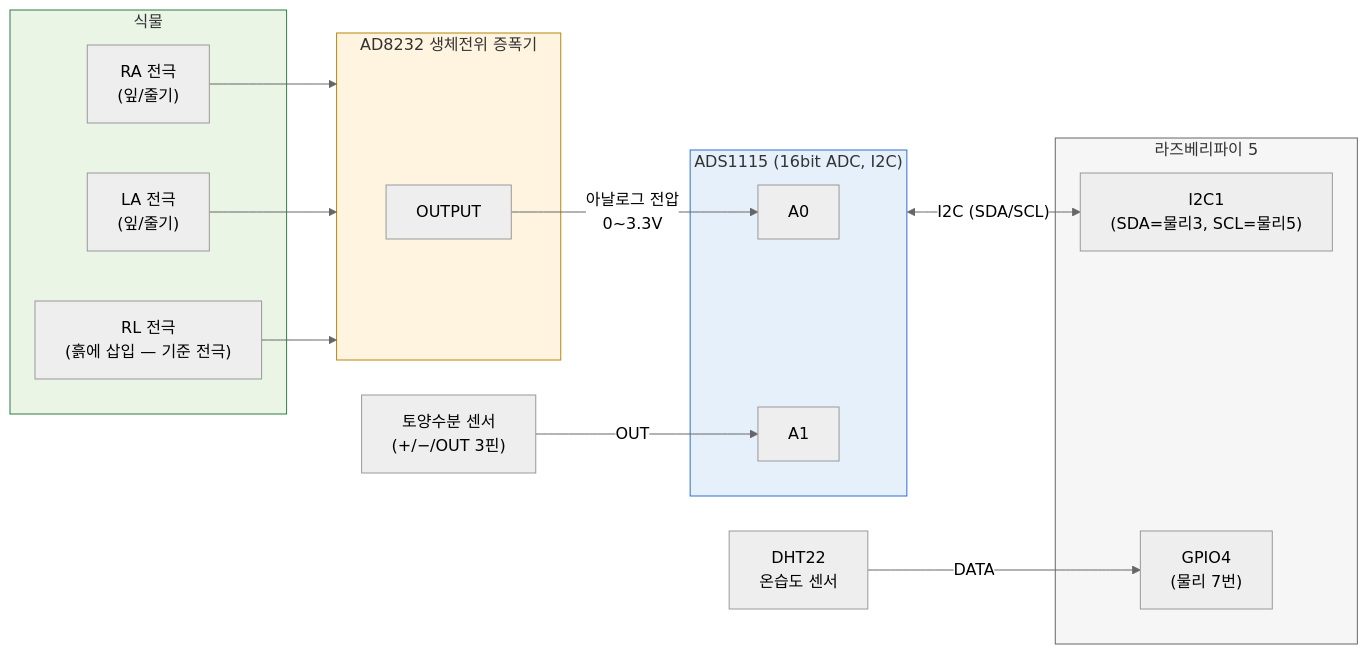
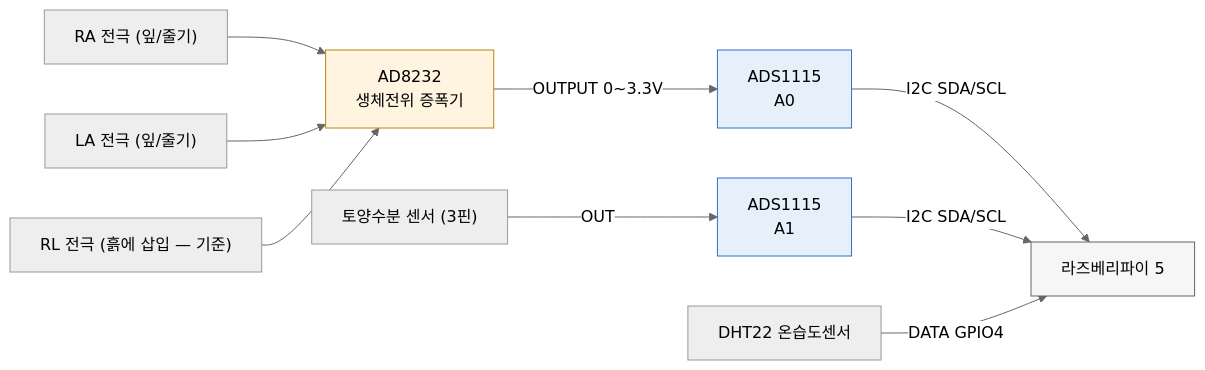
Before and after one commit to packsunjin/GML_PLANT: the diagram in README.md, drawn with Mermaid (neutral theme).

Commit message:
fix: 하드웨어 연결 다이어그램이 GitHub에서 안 그려지던 문제 수정
중첩 subgraph 사이를 <--> 양방향 화살표로 잇는 패턴이 GitHub mermaid
렌더러에서 파싱이 안 됐다. subgraph 없이 평범한 노드+화살표로 단순화.

````diff
--- a/README.md
+++ b/README.md
@@ -210,38 +210,16 @@
 ```mermaid
 graph LR
-    subgraph plant["식물"]
-        RA["RA 전극<br/>(잎/줄기)"]
-        LA["LA 전극<br/>(잎/줄기)"]
-        RL["RL 전극<br/>(흙에 삽입 — 기준 전극)"]
-    end
+    RA["RA 전극 (잎/줄기)"] --> AD8232["AD8232<br/>생체전위 증폭기"]
+    LA["LA 전극 (잎/줄기)"] --> AD8232
+    RL["RL 전극 (흙에 삽입 — 기준)"] --> AD8232
+    AD8232 -->|"OUTPUT 0~3.3V"| A0["ADS1115<br/>A0"]
+    MOIST["토양수분 센서 (3핀)"] -->|"OUT"| A1["ADS1115<br/>A1"]
+    A0 -->|"I2C SDA/SCL"| PI["라즈베리파이 5"]
+    A1 -->|"I2C SDA/SCL"| PI
+    DHT["DHT22 온습도센서"] -->|"DATA GPIO4"| PI
 
-    RA --> AD8232
-    LA --> AD8232
-    RL --> AD8232
-
-    subgraph AD8232["AD8232 생체전위 증폭기"]
-        AD_OUT["OUTPUT"]
-    end
-
-    AD_OUT -->|"아날로그 전압<br/>0~3.3V"| ADS_A0
-
-    subgraph ADS1115["ADS1115 (16bit ADC, I2C)"]
-        ADS_A0["A0"]
-        ADS_A1["A1"]
-    end
-
-    MOIST["토양수분 센서<br/>(+/−/OUT 3핀)"] -->|"OUT"| ADS_A1
-
-    subgraph PI["라즈베리파이 5"]
-        I2C["I2C1<br/>(SDA=물리3, SCL=물리5)"]
-        GPIO4["GPIO4<br/>(물리 7번)"]
-    end
-
-    ADS1115 <-->|"I2C (SDA/SCL)"| I2C
-    DHT["DHT22<br/>온습도 센서"] -->|"DATA"| GPIO4
-
-    style plant fill:#eaf5e6,stroke:#2f7d45
     style AD8232 fill:#fff4e0,stroke:#b8860b
-    style ADS1115 fill:#e6f0fb,stroke:#2f6fd0
+    style A0 fill:#e6f0fb,stroke:#2f6fd0
+    style A1 fill:#e6f0fb,stroke:#2f6fd0
     style PI fill:#f6f6f6,stroke:#666
 ```
````
